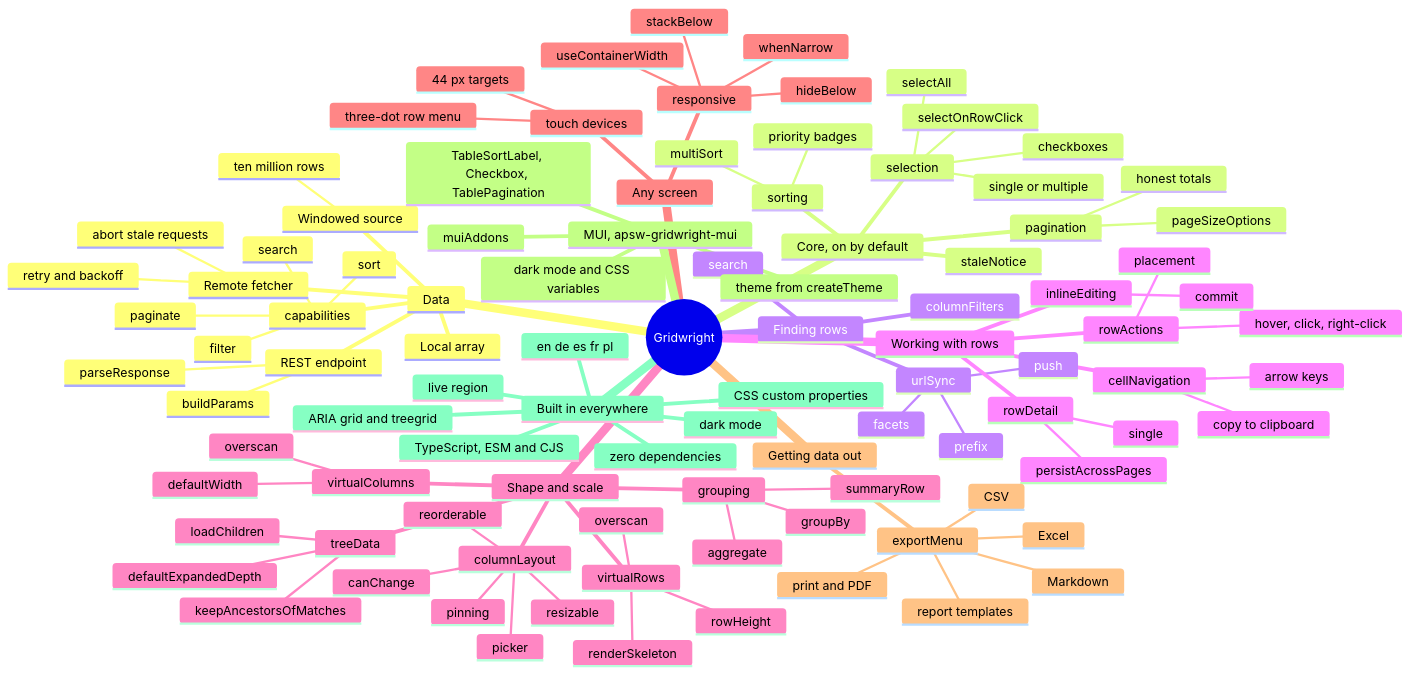
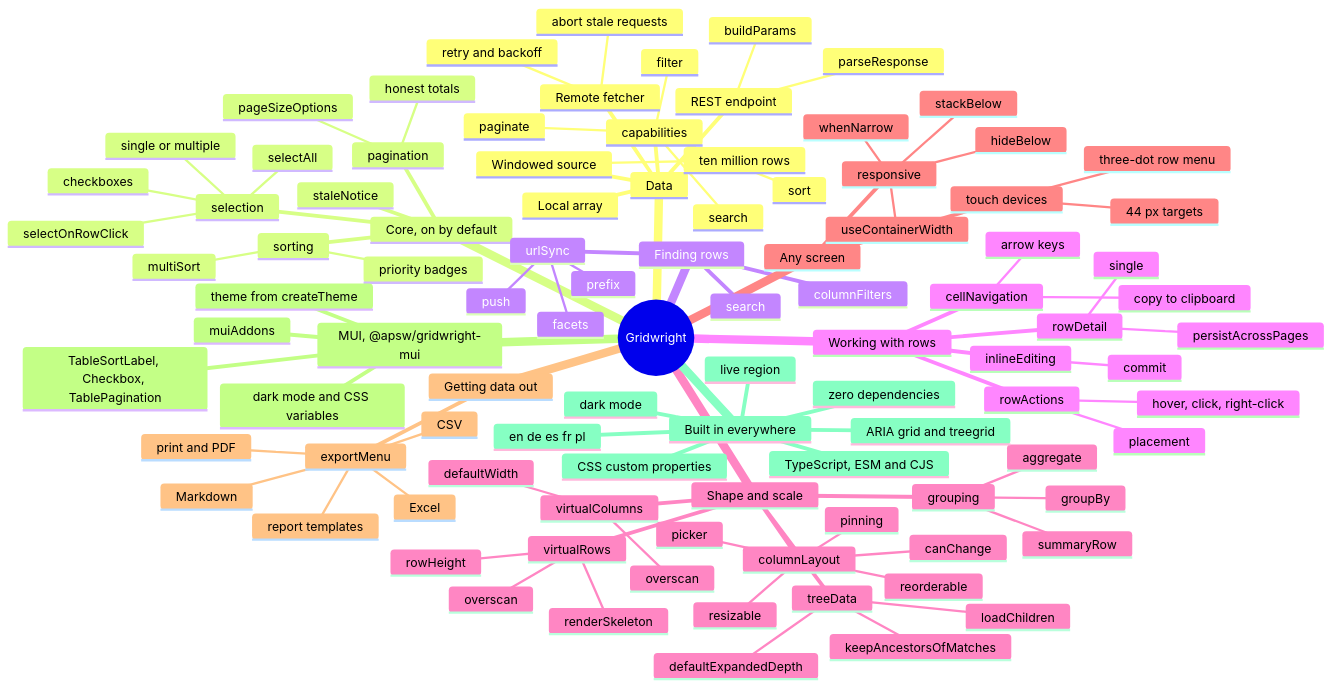
Before and after one commit to yaotzin1/apsw-gridwright: the diagram in docs/tour.md, drawn with Mermaid. The commit also changed other lines of this file and 119 other files, not shown here.

First line of the commit message:
feat: migrate workspace to @apsw scope and add @apsw/gridwright-vue (#167)

```diff
--- a/docs/tour.md
+++ b/docs/tour.md
@@ -102,7 +102,7 @@
         Markdown
         print and PDF
         report templates
-    MUI, apsw-gridwright-mui
+    MUI, @apsw/gridwright-mui
       muiAddons
       theme from createTheme
       dark mode and CSS variables
```
